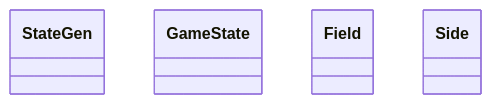
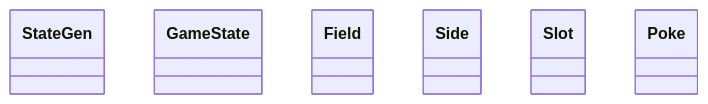
One commit to UtaSzane/iodraw-files changed the diagram in all/Untitled.md. Above: the diagram before and after it, drawn with Mermaid.

Commit message:
2026-06-07 23:24:20 update

````diff
--- a/all/Untitled.md
+++ b/all/Untitled.md
@@ -1,15 +1,19 @@
 ```mermaid
 classDiagram
     class StateGen {
 
     }  
     class GameState {
 
     }
     class Field {
 
     }
     class Side {
-        
+
     }
+    class Slot {
+
+    }
+    class Poke
 ```
````
